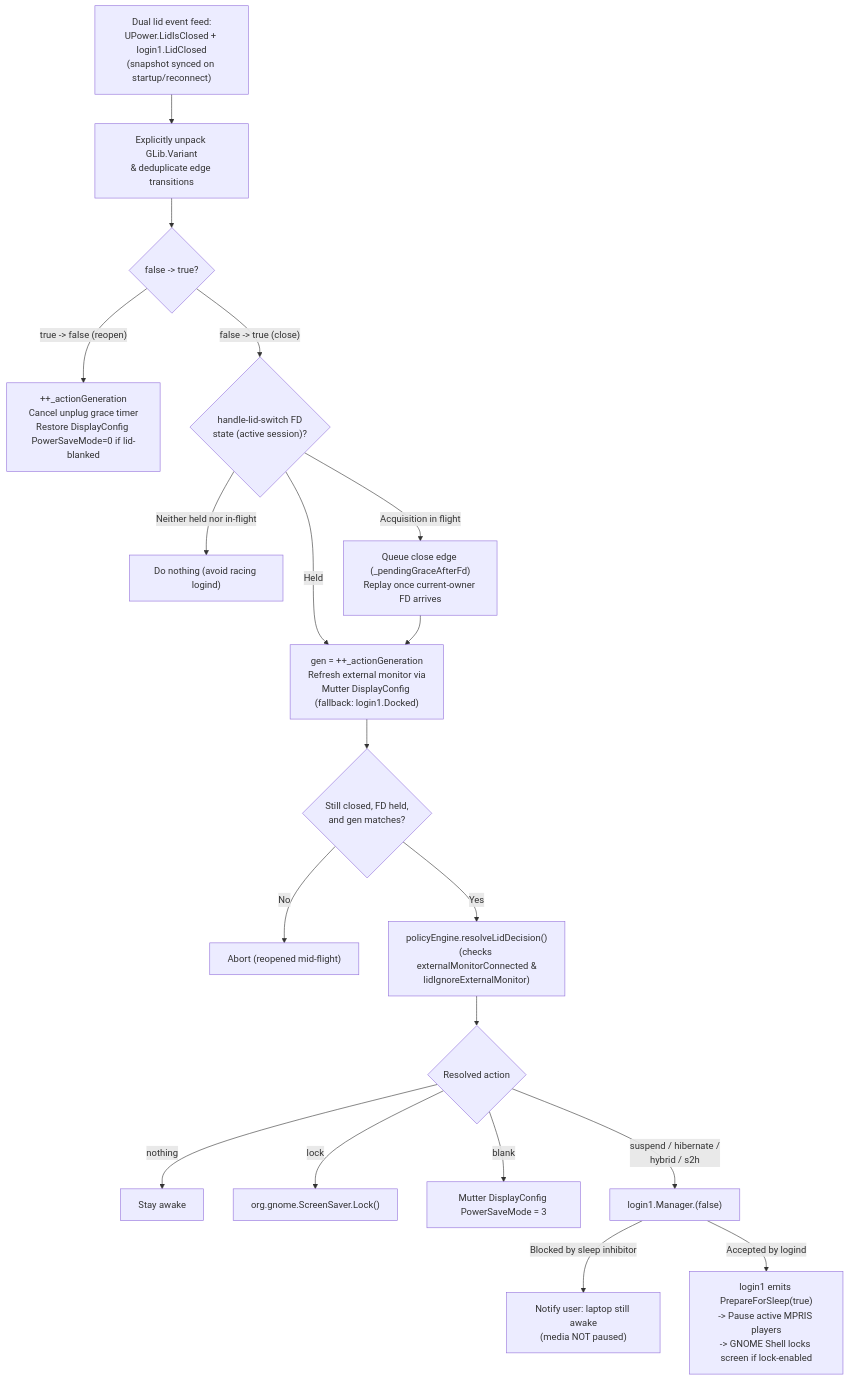
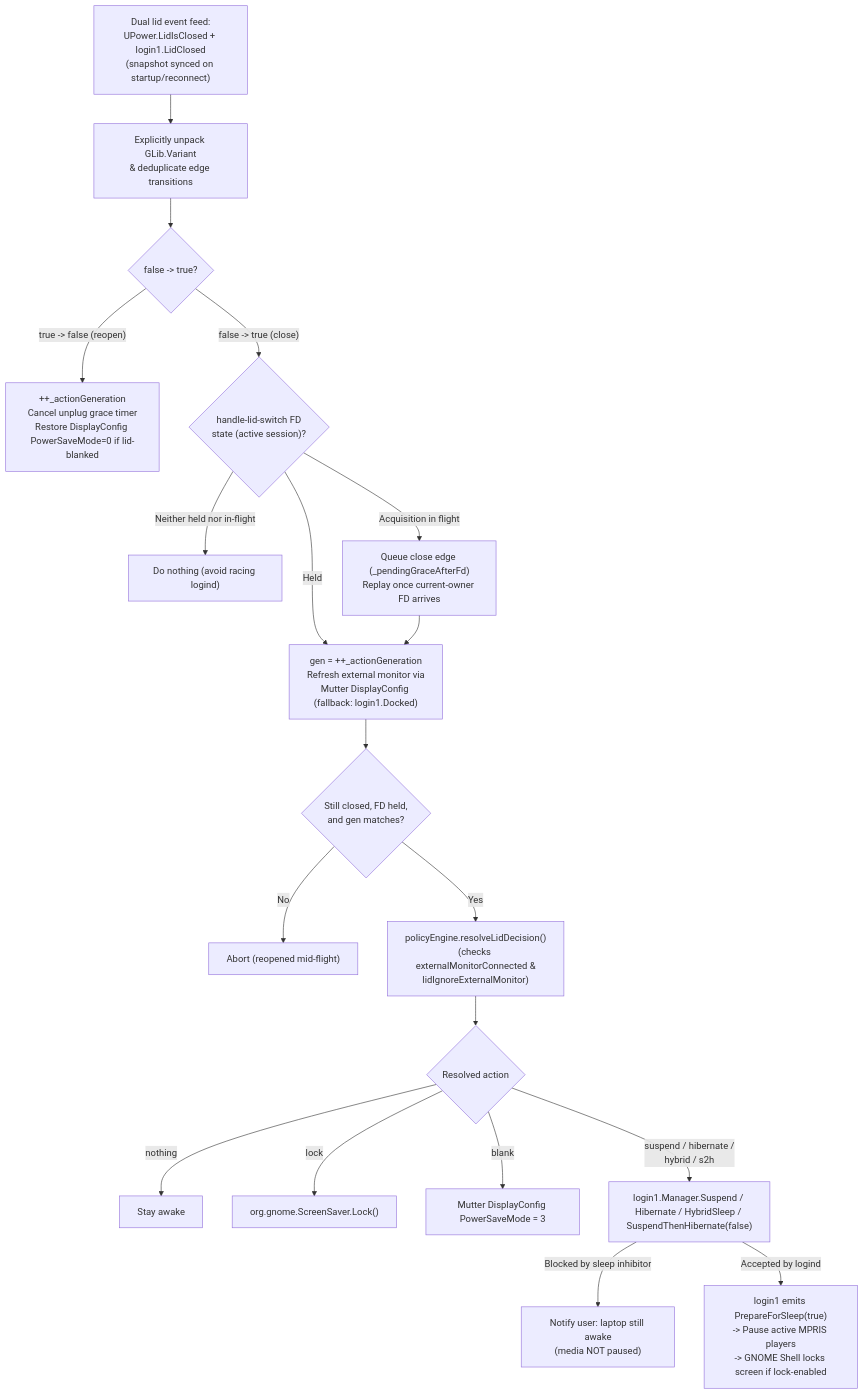
Before and after one commit to Uripeer3/gnome-power-states: the third of 3 diagrams in docs/architecture.md, drawn with Mermaid. The commit also changed other lines of this file and 3 other files, not shown here.

Commit message:
Sync docs, Mermaid diagram, and MPRIS schema description with codebase

````diff
--- a/docs/architecture.md
+++ b/docs/architecture.md
@@ -71,21 +71,21 @@
 ```mermaid
 flowchart TD
     LID["Dual lid event feed:<br/>UPower.LidIsClosed + login1.LidClosed<br/>(snapshot synced on startup/reconnect)"] --> UNPACK["Explicitly unpack GLib.Variant<br/>& deduplicate edge transitions"]
     UNPACK --> EDGE{"false -> true?"}
     EDGE -- "true -> false (reopen)" --> OPEN["++_actionGeneration<br/>Cancel unplug grace timer<br/>Restore DisplayConfig PowerSaveMode=0 if lid-blanked"]
     EDGE -- "false -> true (close)" --> FD{"handle-lid-switch FD<br/>state (active session)?"}
     FD -- "Neither held nor in-flight" --> SKIP["Do nothing (avoid racing logind)"]
     FD -- "Acquisition in flight" --> QUEUE["Queue close edge (_pendingGraceAfterFd)<br/>Replay once current-owner FD arrives"]
     FD -- "Held" --> MON["gen = ++_actionGeneration<br/>Refresh external monitor via<br/>Mutter DisplayConfig (fallback: login1.Docked)"]
     QUEUE --> MON
     MON --> VALID{"Still closed, FD held,<br/>and gen matches?"}
     VALID -- No --> ABORT["Abort (reopened mid-flight)"]
     VALID -- Yes --> DEC["policyEngine.resolveLidDecision()<br/>(checks externalMonitorConnected &<br/>lidIgnoreExternalMonitor)"]
     DEC --> EXEC{"Resolved action"}
     EXEC -- nothing --> NOOP["Stay awake"]
     EXEC -- lock --> LOCK["org.gnome.ScreenSaver.Lock()"]
     EXEC -- blank --> BLANK["Mutter DisplayConfig PowerSaveMode = 3"]
-    EXEC -- "suspend / hibernate /<br/>hybrid / s2h" --> SLEEP["login1.Manager.<Method>(false)"]
+    EXEC -- "suspend / hibernate /<br/>hybrid / s2h" --> SLEEP["login1.Manager.Suspend / Hibernate / HybridSleep / SuspendThenHibernate(false)"]
     SLEEP -- "Blocked by sleep inhibitor" --> ERR["Notify user: laptop still awake<br/>(media NOT paused)"]
     SLEEP -- "Accepted by logind" --> PREP["login1 emits PrepareForSleep(true)<br/>-> Pause active MPRIS players<br/>-> GNOME Shell locks screen if lock-enabled"]
 ```
````
